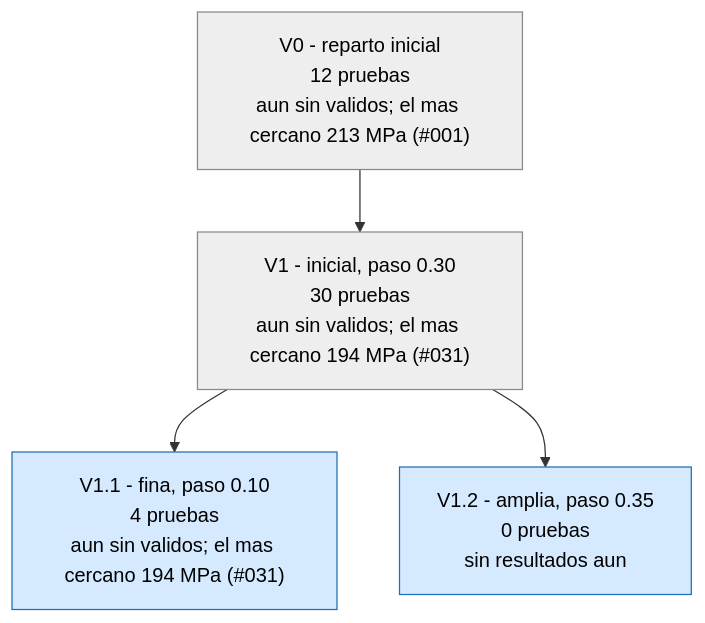
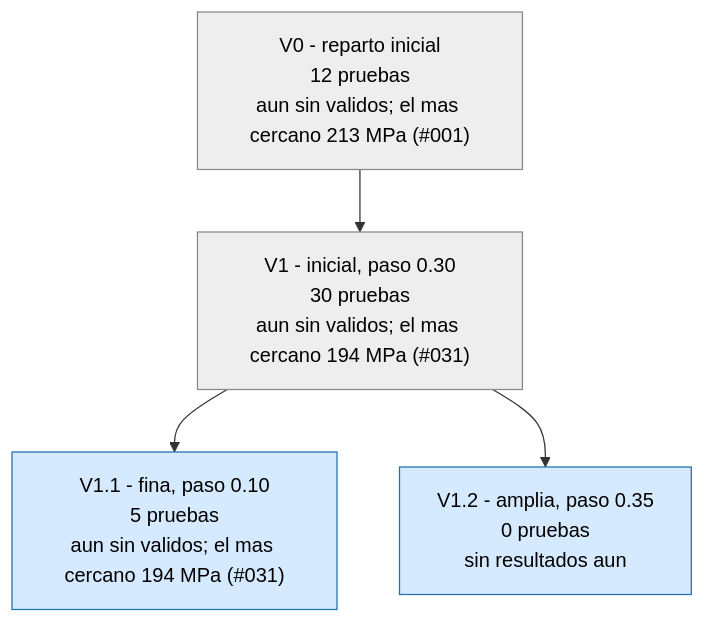
The first of 3 diagrams in runs/opt_37800N/ARBOL.md (Hugiko/msd-soporte-optimizacion), drawn with Mermaid before and after one commit. The commit also changed 20 other files, not shown here.

````diff
--- a/runs/opt_37800N/ARBOL.md
+++ b/runs/opt_37800N/ARBOL.md
@@ -9,13 +9,13 @@
 ```mermaid
 graph TD
 classDef activa fill:#d6eaff,stroke:#1f6fb5,color:#000
 classDef fin fill:#eeeeee,stroke:#888,color:#000
 classDef mejor fill:#c8f0c0,stroke:#1a9850,stroke-width:4px,color:#000
 V0["V0 - reparto inicial<br/>12 pruebas<br/>aun sin validos; el mas cercano 213 MPa (#001)"]:::fin
 V1["V1 - inicial, paso 0.30<br/>30 pruebas<br/>aun sin validos; el mas cercano 194 MPa (#031)"]:::fin
 V0 --> V1
-V1_1["V1.1 - fina, paso 0.10<br/>4 pruebas<br/>aun sin validos; el mas cercano 194 MPa (#031)"]:::activa
+V1_1["V1.1 - fina, paso 0.10<br/>5 pruebas<br/>aun sin validos; el mas cercano 194 MPa (#031)"]:::activa
 V1 --> V1_1
 V1_2["V1.2 - amplia, paso 0.35<br/>0 pruebas<br/>sin resultados aun"]:::activa
 V1 --> V1_2
 ```
````
